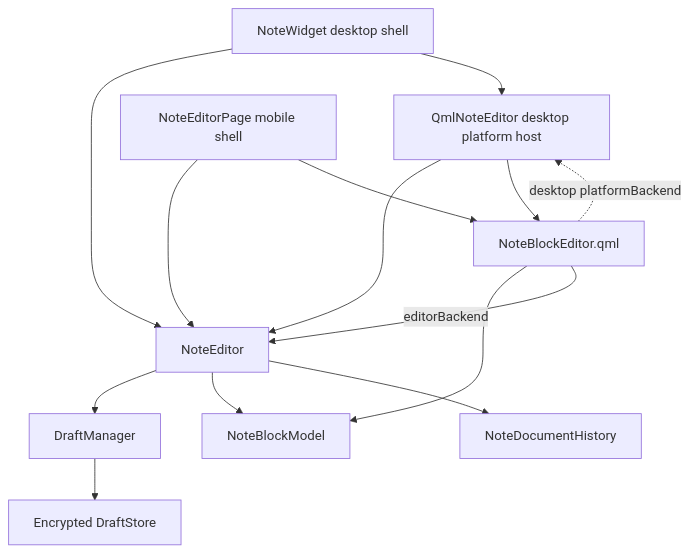
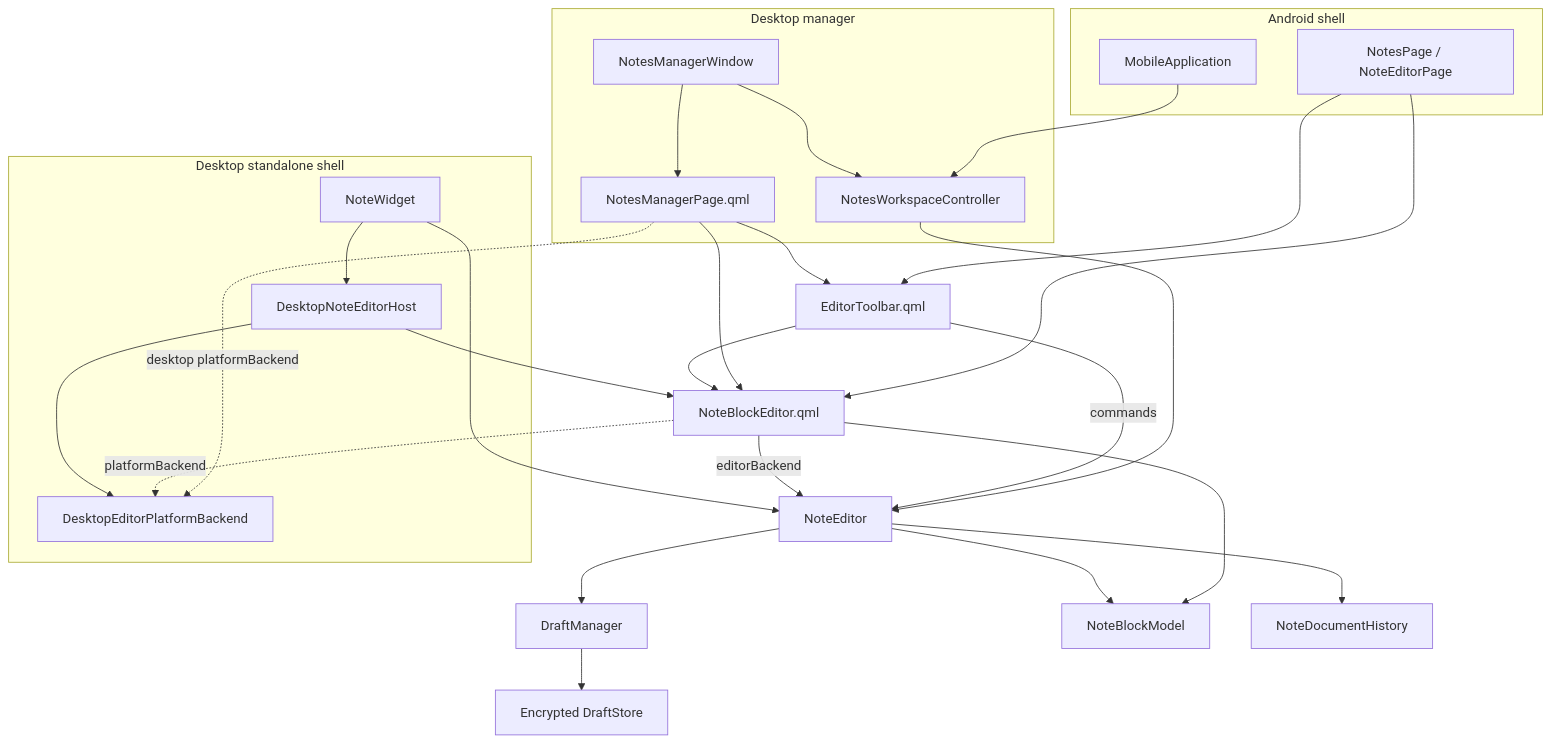
Before and after one commit to Ri0n/QtNote: the first of 3 diagrams in docs/note-editor-architecture.md, drawn with Mermaid. The commit also changed other lines of this file and 57 other files, not shown here.

````diff
--- a/docs/note-editor-architecture.md
+++ b/docs/note-editor-architecture.md
@@ -17,26 +17,53 @@
 ```mermaid
 flowchart TD
     DM[DraftManager]
     DS[Encrypted DraftStore]
     NE[NoteEditor]
     BM[NoteBlockModel]
     DH[NoteDocumentHistory]
-    NW[NoteWidget desktop shell]
-    QE[QmlNoteEditor desktop platform host]
-    MP[NoteEditorPage mobile shell]
+    TB[EditorToolbar.qml]
     QB[NoteBlockEditor.qml]
+
+    subgraph DesktopStandalone[Desktop standalone shell]
+        NW[NoteWidget]
+        DHOST[DesktopNoteEditorHost]
+        DPB[DesktopEditorPlatformBackend]
+    end
+
+    subgraph DesktopManager[Desktop manager]
+        MW[NotesManagerWindow]
+        WC[NotesWorkspaceController]
+        MP[NotesManagerPage.qml]
+    end
+
+    subgraph Android[Android shell]
+        MA[MobileApplication]
+        AP[NotesPage / NoteEditorPage]
+    end
 
     NE --> DM
     DM --> DS
     NE --> BM
     NE --> DH
-    NW --> NE
-    NW --> QE
-    QE --> NE
-    QE --> QB
-    MP --> NE
-    MP --> QB
     QB --> BM
     QB -->|editorBackend| NE
-    QB -. desktop platformBackend .-> QE
+    TB -->|commands| NE
+    TB --> QB
+
+    NW --> NE
+    NW --> DHOST
+    DHOST --> QB
+    DHOST --> DPB
+    QB -. platformBackend .-> DPB
+
+    MW --> WC
+    WC --> NE
+    MW --> MP
+    MP --> TB
+    MP --> QB
+    MP -. desktop platformBackend .-> DPB
+
+    MA --> WC
+    AP --> TB
+    AP --> QB
 ```
````
